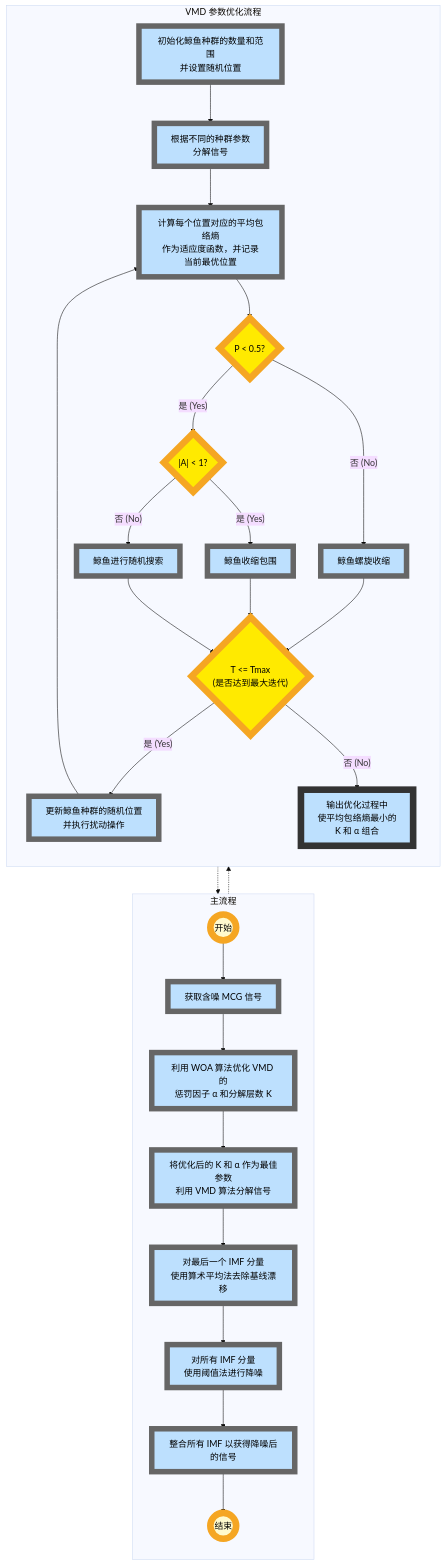
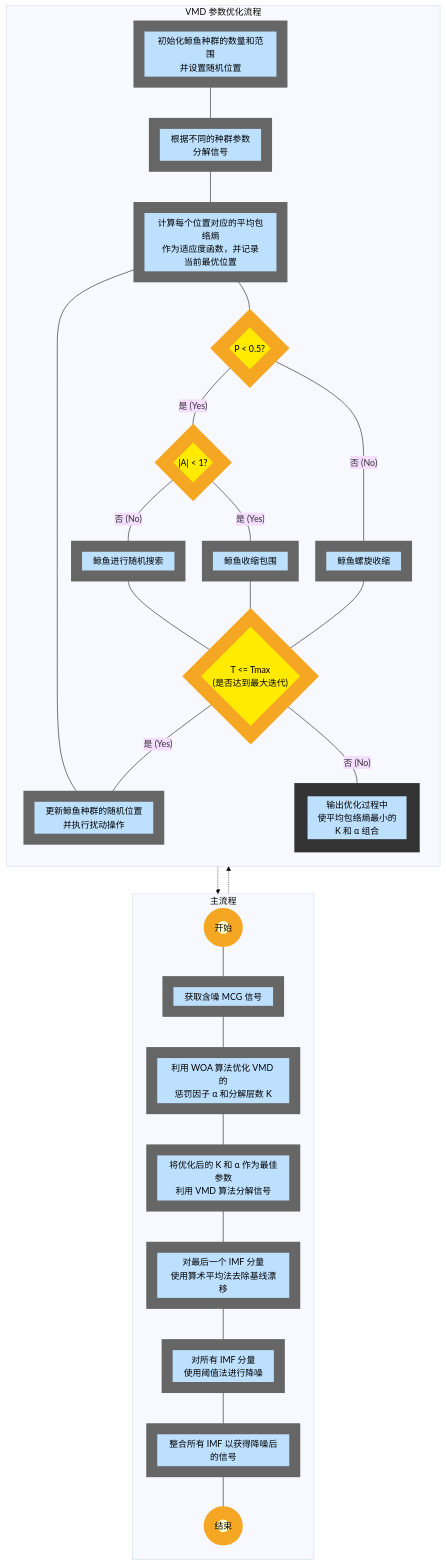
The diagram in README.md (songxinudt/test), drawn with Mermaid (base theme) before and after one commit.

````diff
--- a/README.md
+++ b/README.md
@@ -1,76 +1,76 @@
 ```mermaid
 graph TD
     %% 定义样式
-    classDef process fill:#bde0fe,stroke:#666,stroke-width:10px,color:black;
-    classDef decision fill:#ffea00,stroke:#f5a623,stroke-width:12px,color:black;
-    classDef startend fill:#fffacd,stroke:#f5a623,stroke-width:12px,color:black;
-    classDef output fill:#bde0fe,stroke:#333,stroke-width:12px,color:black;
+    classDef process fill:#bde0fe,stroke:#666,stroke-width:20px,color:black;
+    classDef decision fill:#ffea00,stroke:#f5a623,stroke-width:24px,color:black;
+    classDef startend fill:#fffacd,stroke:#f5a623,stroke-width:24px,color:black;
+    classDef output fill:#bde0fe,stroke:#333,stroke-width:24px,color:black;
 
     %% --- 右侧主流程 ---
     subgraph MainFlow [主流程]
         direction TB
         Start((开始)):::startend
         Acquire[获取含噪 MCG 信号]:::process
         
         %% 这里对应左侧的优化过程
         Optimize[利用 WOA 算法优化 VMD 的<br/>惩罚因子 α 和分解层数 K]:::process
         
         UseParams[将优化后的 K 和 α 作为最佳参数<br/>利用 VMD 算法分解信号]:::process
         RemoveBaseline[对最后一个 IMF 分量<br/>使用算术平均法去除基线漂移]:::process
         Threshold[对所有 IMF 分量<br/>使用阈值法进行降噪]:::process
         Integrate[整合所有 IMF 以获得降噪后的信号]:::process
         End((结束)):::startend
 
         Start --> Acquire
         Acquire --> Optimize
         Optimize --> UseParams
         UseParams --> RemoveBaseline
         RemoveBaseline --> Threshold
         Threshold --> Integrate
         Integrate --> End
     end
 
     %% --- 左侧 VMD 参数优化流程 ---
     subgraph Optimization [VMD 参数优化流程]
         direction TB
         Opt_Init[初始化鲸鱼种群的数量和范围<br/>并设置随机位置]:::process
         Opt_Decomp[根据不同的种群参数<br/>分解信号]:::process
         Opt_Fitness[计算每个位置对应的平均包络熵<br/>作为适应度函数，并记录<br/>当前最优位置]:::process
         
         %% 修复点：必须加双引号
         Dec_P{"P < 0.5?"}:::decision
         Dec_A{"|A| < 1?"}:::decision
         
         Action_Spiral[鲸鱼螺旋收缩]:::process
         Action_Shrink[鲸鱼收缩包围]:::process
         Action_Random[鲸鱼进行随机搜索]:::process
         
         Dec_T{"T <= Tmax<br/>(是否达到最大迭代)"}:::decision
         
         Action_Update[更新鲸鱼种群的随机位置<br/>并执行扰动操作]:::process
         Opt_Output[输出优化过程中<br/>使平均包络熵最小的<br/>K 和 α 组合]:::output
 
         Opt_Init --> Opt_Decomp
         Opt_Decomp --> Opt_Fitness
         Opt_Fitness --> Dec_P
         
         Dec_P -- 否 (No) --> Action_Spiral
         Dec_P -- 是 (Yes) --> Dec_A
         
         Dec_A -- 是 (Yes) --> Action_Shrink
         Dec_A -- 否 (No) --> Action_Random
         
         Action_Spiral --> Dec_T
         Action_Shrink --> Dec_T
         Action_Random --> Dec_T
         
         Dec_T -- 是 (Yes) --> Action_Update
         Action_Update --> Opt_Fitness
         
         Dec_T -- 否 (No) --> Opt_Output
     end
 
     %% 连接两个子图的逻辑关系
     Optimize -.-> Opt_Init
     Opt_Output -.-> Optimize
 ```
````
